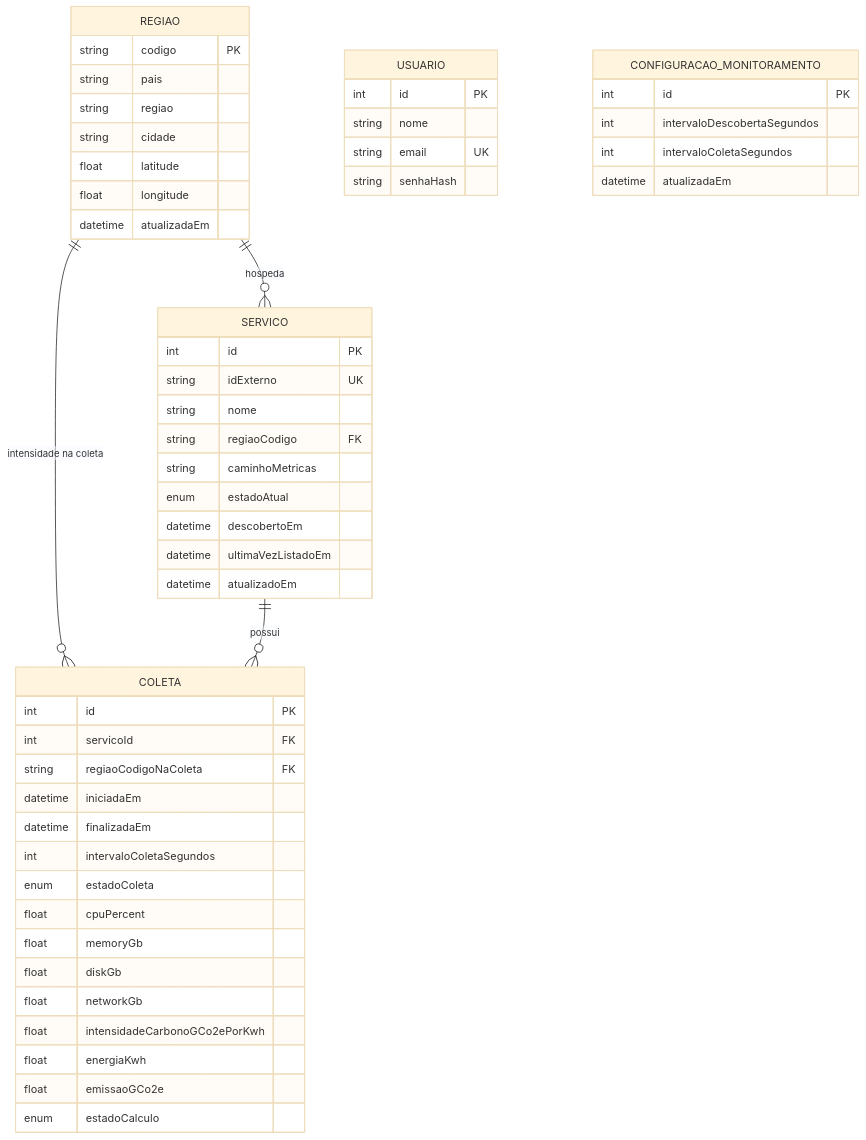
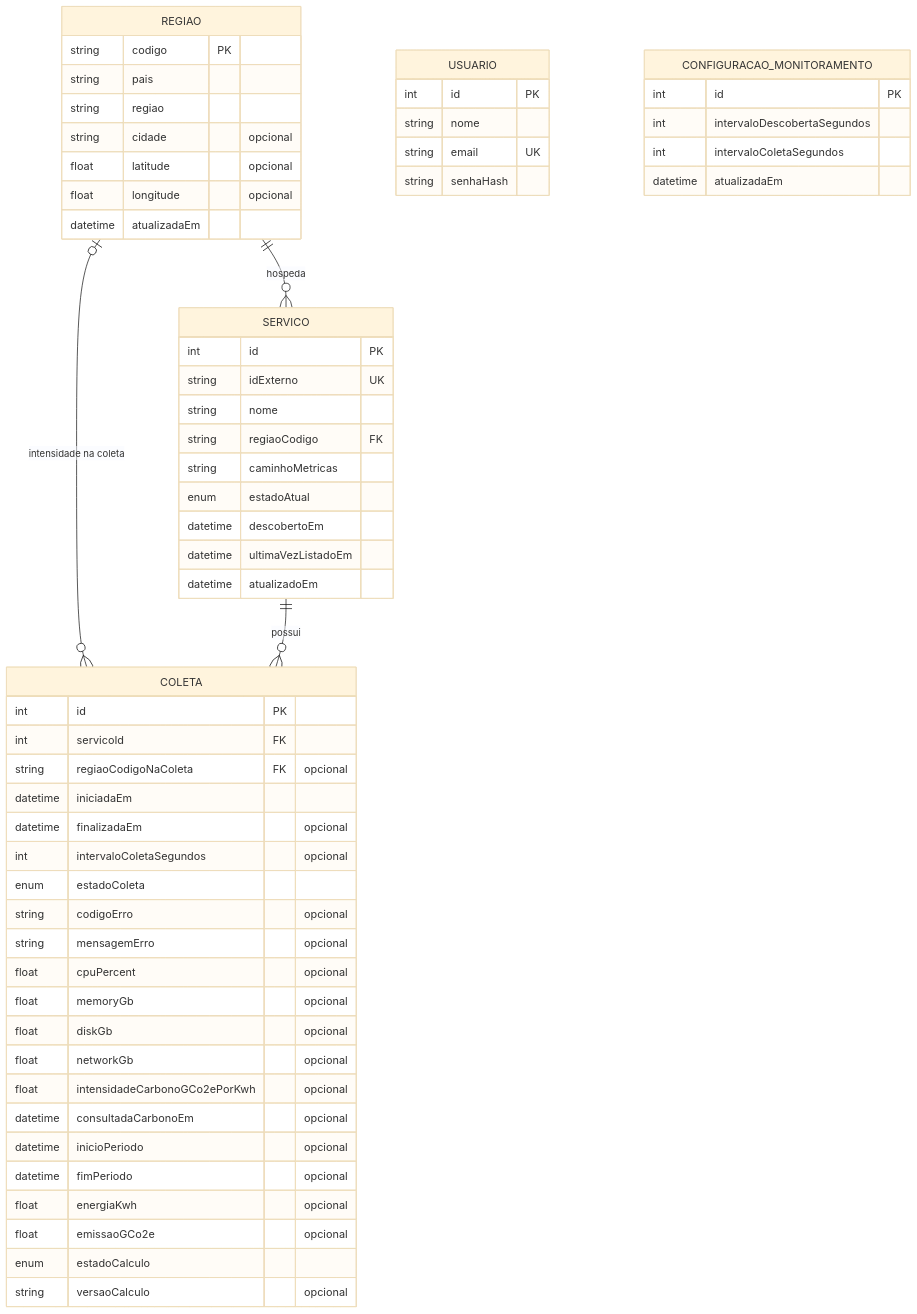
Before and after one commit to abpundefined/3DSM-ABP-UNDEFINED: the second of 2 diagrams in README.md, drawn with Mermaid (base theme). The commit also changed other lines of this file and 1 other file, not shown here.

Commit message:
docs(readme): corrige diagrama da arquitetura, diagrama ER e badges do CI (#21)

````diff
--- a/README.md
+++ b/README.md
@@ -93,56 +93,62 @@
 ```mermaid
 erDiagram
     REGIAO ||--o{ SERVICO : "hospeda"
-    REGIAO ||--o{ COLETA : "intensidade na coleta"
+    REGIAO |o--o{ COLETA : "intensidade na coleta"
     SERVICO ||--o{ COLETA : "possui"
 
     REGIAO {
         string codigo PK
         string pais
         string regiao
-        string cidade
-        float latitude
-        float longitude
+        string cidade "opcional"
+        float latitude "opcional"
+        float longitude "opcional"
         datetime atualizadaEm
     }
     SERVICO {
         int id PK
         string idExterno UK
         string nome
         string regiaoCodigo FK
         string caminhoMetricas
         enum estadoAtual
         datetime descobertoEm
         datetime ultimaVezListadoEm
         datetime atualizadoEm
     }
     COLETA {
         int id PK
         int servicoId FK
-        string regiaoCodigoNaColeta FK
+        string regiaoCodigoNaColeta FK "opcional"
         datetime iniciadaEm
-        datetime finalizadaEm
-        int intervaloColetaSegundos
+        datetime finalizadaEm "opcional"
+        int intervaloColetaSegundos "opcional"
         enum estadoColeta
-        float cpuPercent
-        float memoryGb
-        float diskGb
-        float networkGb
-        float intensidadeCarbonoGCo2ePorKwh
-        float energiaKwh
-        float emissaoGCo2e
+        string codigoErro "opcional"
+        string mensagemErro "opcional"
+        float cpuPercent "opcional"
+        float memoryGb "opcional"
+        float diskGb "opcional"
+        float networkGb "opcional"
+        float intensidadeCarbonoGCo2ePorKwh "opcional"
+        datetime consultadaCarbonoEm "opcional"
+        datetime inicioPeriodo "opcional"
+        datetime fimPeriodo "opcional"
+        float energiaKwh "opcional"
+        float emissaoGCo2e "opcional"
         enum estadoCalculo
+        string versaoCalculo "opcional"
     }
     USUARIO {
         int id PK
         string nome
         string email UK
         string senhaHash
     }
     CONFIGURACAO_MONITORAMENTO {
         int id PK
         int intervaloDescobertaSegundos
         int intervaloColetaSegundos
         datetime atualizadaEm
     }
 ```
````
